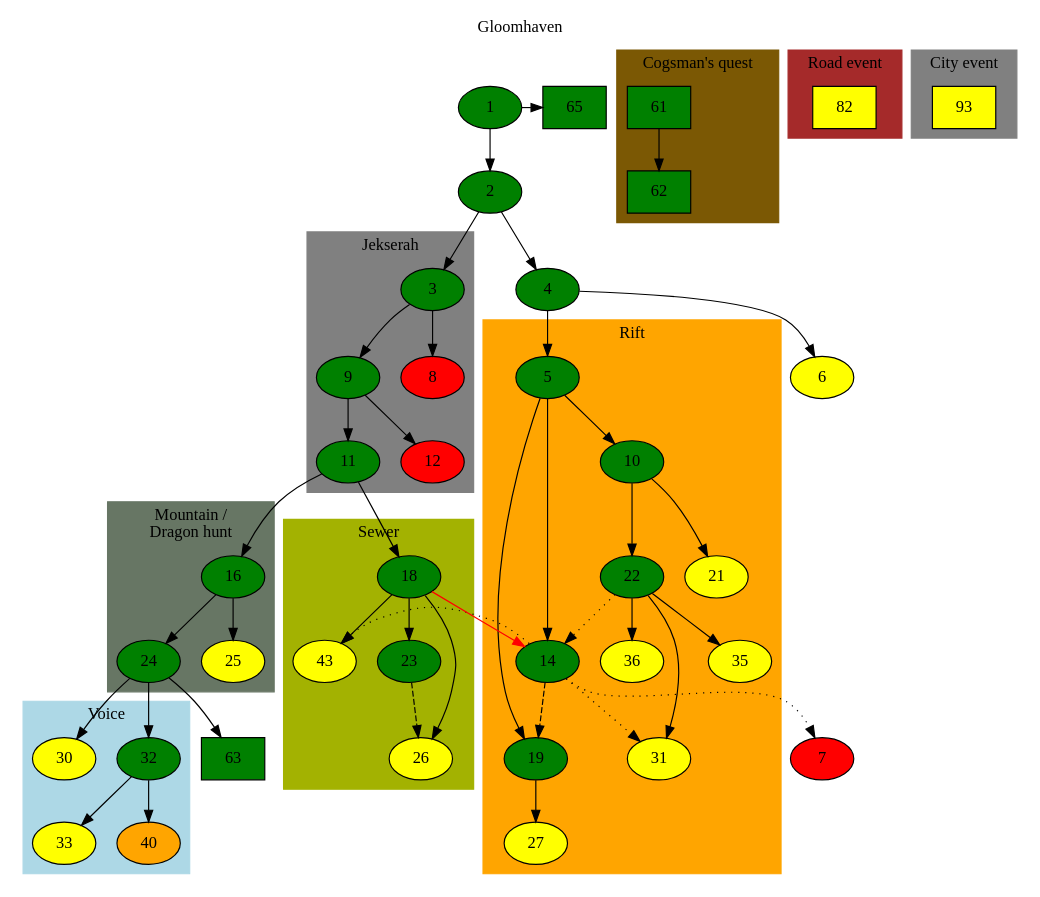
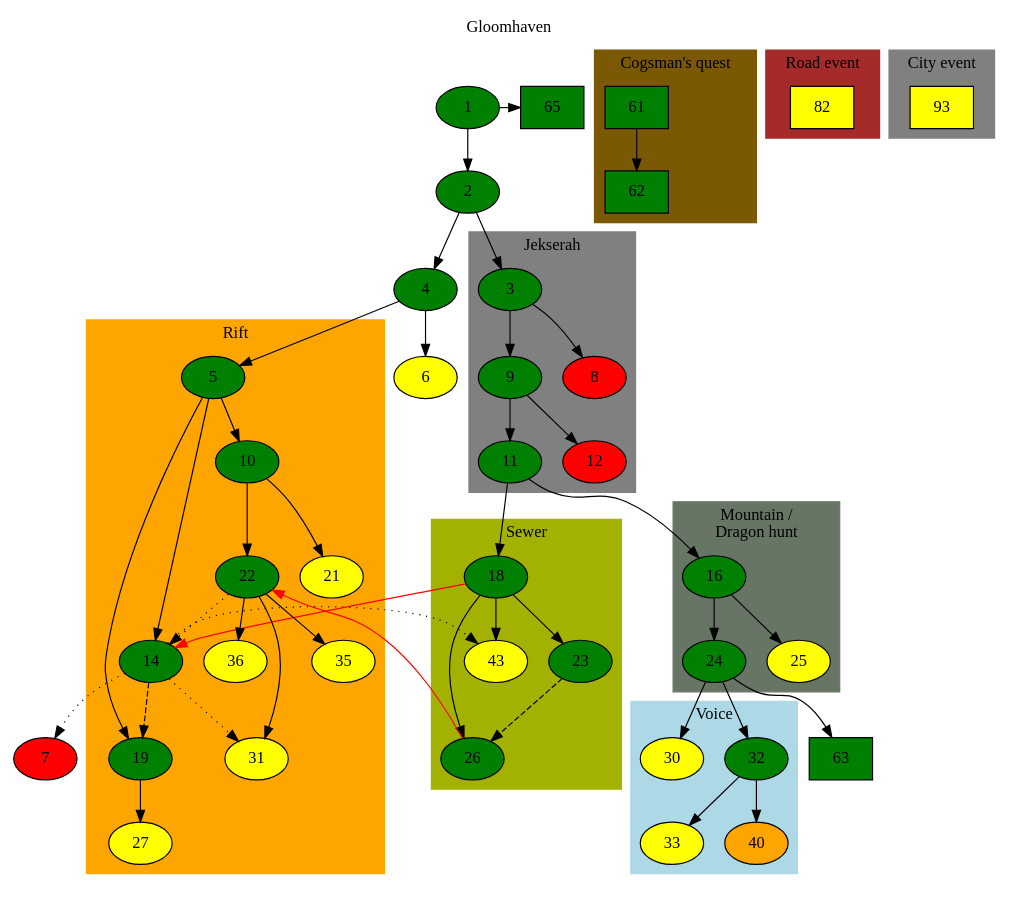
Before and after one commit to PickledChris/gloomhaven-scenario-tracking: the diagram in scenarios.dot, drawn with Graphviz. The commit also changed 1 other file, not shown here.

```diff
--- a/scenarios.dot
+++ b/scenarios.dot
@@ -1,115 +1,116 @@
 digraph world {
 	label="Gloomhaven";
 	labelloc="top";
 
 	# Normal, completed
-	1,2,3,4,5,9,10,11,14,16,18,19,22,23,24,32 [style=filled fillcolor="green"];
+	1,2,3,4,5,9,10,11,14,16,18,19,22,23,24,26,32 [style=filled fillcolor="green"];
 	# Normal, incomplete
-	6,21,25,26,27,30,31,33,35,36,43 [style=filled fillcolor="yellow"];
+	6,21,25,27,30,31,33,35,36,43 [style=filled fillcolor="yellow"];
 	# Normal, incomplete, requirements not met
 	40 [style=filled fillcolor="orange"];
 	# Normal, uncompletable
 	7,8,12 [style=filled fillcolor="red"];
 
 	# Side, completed
 	## Personal quest
 	61,62 [style=filled fillcolor="green" shape=box]; 
 	## Random reward
 	63,65 [style=filled fillcolor="green" shape=box]; 
 	{rank=same; 1 65;}
 
 	# Side, incomplete
 	# Road
 	82,93 [style=filled fillcolor="yellow" shape=box]; 
 
 	1 -> 2;
 	1 -> 65;
 
 	2 -> 3;
 	2 -> 4;
 	4 -> 5;
 	4 -> 6;
 	14 -> 7 [style="dotted"]; # Reference
 	14 -> 31 [style="dotted"]; # Reference
 	14 -> 43 [style="dotted"]; # Reference
 	11 -> 16;
 	11 -> 18;
 	18 -> 14 [color="red"];
+	26 -> 22 [color="red"];
 	23 -> 26 [style="dashed"]; # Unlocked 
 	24 -> 63;
 
 	subgraph cluster_0 {
 		label = "Jekserah";
 		style = "filled";
 		color = "grey";
 		3 -> 8;
 		3 -> 9;
 		9 -> 11;
 		9 -> 12;
 	}
 
 	subgraph cluster_1 {
 		label = "Rift";
 		style = "filled";
 		color = "orange";
 		5 -> 10;
 		5 -> 14;
 		5 -> 19;
 		14 -> 19 [style="dashed"]; # Unlocks
 		19 -> 27;
 		10 -> 21;
 		10 -> 22;
 		22 -> 14 [style="dotted"]; # Reference
 		22 -> 31;
 		22 -> 35;
 		22 -> 36;
 	}
 
 	subgraph cluster_2 {
 		label = "Mountain / \n Dragon hunt";
 		style = "filled";
 		color = "#677664";
 		16 -> 24;
 		16 -> 25;
 	}
 
 	subgraph cluster_3 {
 		label = "Voice";
 		style = "filled";
 		color = "lightblue";
 		24 -> 32;
 		24 -> 30;
 		32 -> 33;
 		32 -> 40;
 	}
 
 	subgraph cluster_4 {
 		label = "Sewer";
 		style = "filled";
 		color = "#a3b201";
 		18 -> 23;
 		18 -> 26;
 		18 -> 43;
 	}
 
 	subgraph cluster_10 {
 		label = "Cogsman's quest";
 		style = "filled";
 		color = "#7b5804";
 		61 -> 62;
 	}
 
 	subgraph cluster_20 {
 		label = "City event";
 		style = "filled";
 		color = "grey";
 		93;
 	}
 
 	subgraph cluster_21 {
 		label = "Road event";
 		style = "filled";
 		color = "brown";
 		82;
 	}
 }
```
